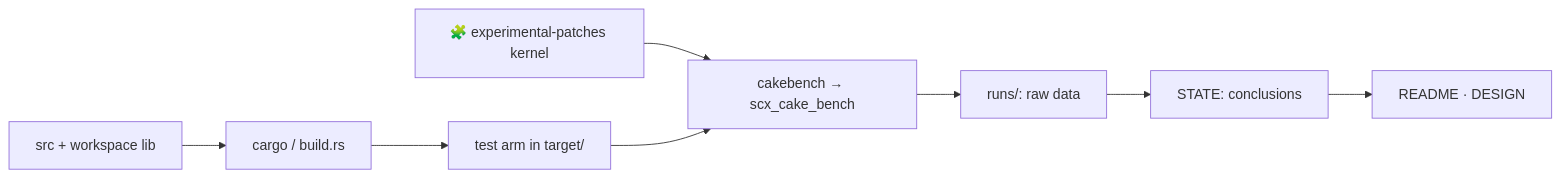
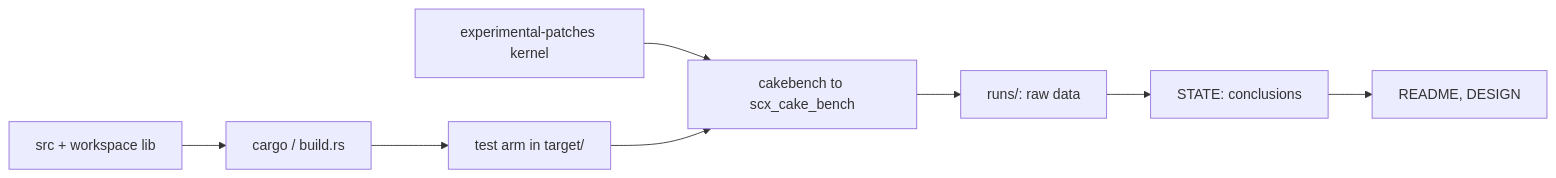
Before and after one commit to sched-ext/scx: the diagram in scheds/rust/scx_cake/docs/STRUCTURE.md, drawn with Mermaid. The commit also changed other lines of this file and 31 other files, not shown here.

First line of the commit message:
scx_cake: docs: match the docs to 1.4.1

````diff
--- a/scheds/rust/scx_cake/docs/STRUCTURE.md
+++ b/scheds/rust/scx_cake/docs/STRUCTURE.md
@@ -20,6 +20,6 @@
 ```mermaid
 flowchart LR
     S["src + workspace lib"] --> B["cargo / build.rs"] --> T["test arm in target/"]
-    K["🧩 experimental-patches kernel"] --> H
-    T --> H["cakebench → scx_cake_bench"] --> R["runs/: raw data"] --> ST["STATE: conclusions"] --> D["README · DESIGN"]
+    K["experimental-patches kernel"] --> H
+    T --> H["cakebench to scx_cake_bench"] --> R["runs/: raw data"] --> ST["STATE: conclusions"] --> D["README, DESIGN"]
 ```
````
